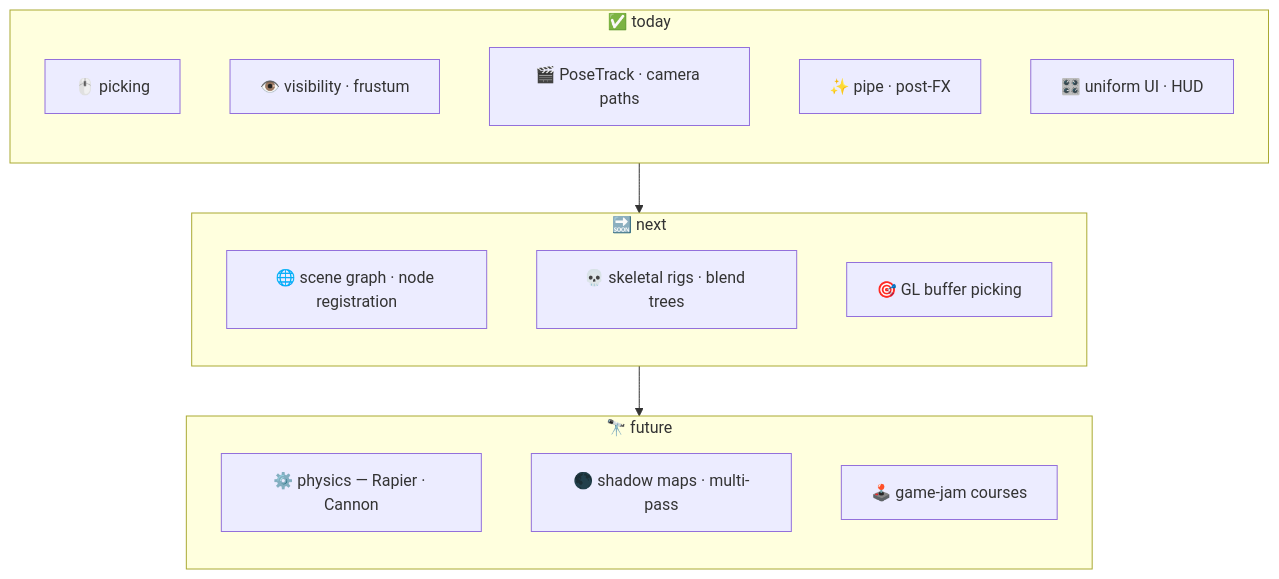
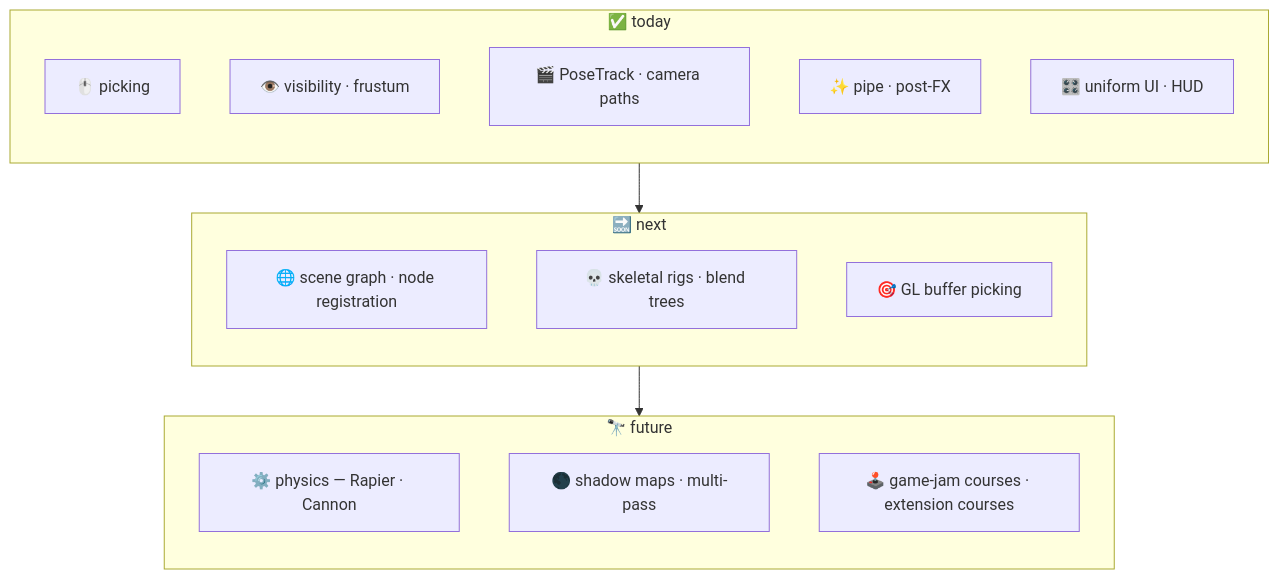
Before and after one commit to ABJ-d/tree: the sixth of 8 diagrams in slides.md, drawn with Mermaid. The commit also changed other lines of this file and 2 other files, not shown here.

````diff
--- a/slides.md
+++ b/slides.md
@@ -463,24 +471,24 @@
 ```mermaid
 flowchart TB
   subgraph now["✅ today"]
     direction TB
     A["🖱️ picking"]
     B["👁️ visibility · frustum"]
     C["🎬 PoseTrack · camera paths"]
     D["✨ pipe · post-FX"]
     E["🎛️ uniform UI · HUD"]
   end
   subgraph next["🔜 next"]
     direction TB
     F["🌐 scene graph · node registration"]
     G["💀 skeletal rigs · blend trees"]
     H["🎯 GL buffer picking"]
   end
   subgraph future["🔭 future"]
     direction TB
     I["⚙️ physics — Rapier · Cannon"]
     J["🌑 shadow maps · multi-pass"]
-    K["🕹️ game-jam courses"]
+    K["🕹️ game-jam courses · extension courses"]
   end
   now --> next --> future
 ```
````
